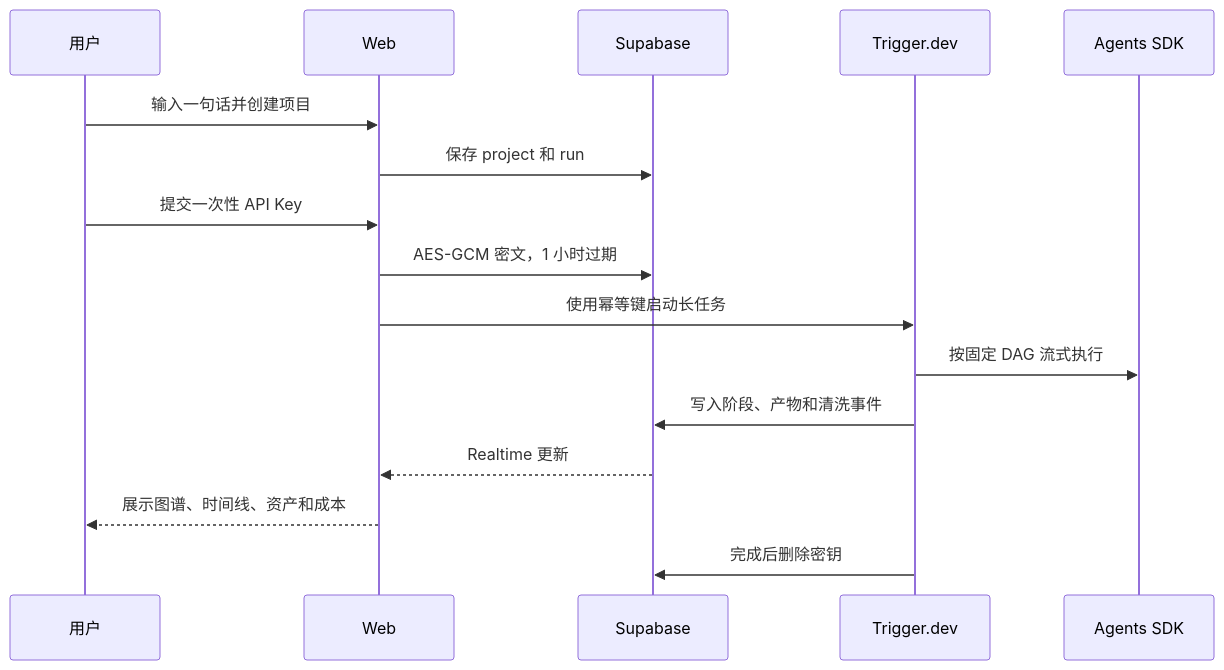
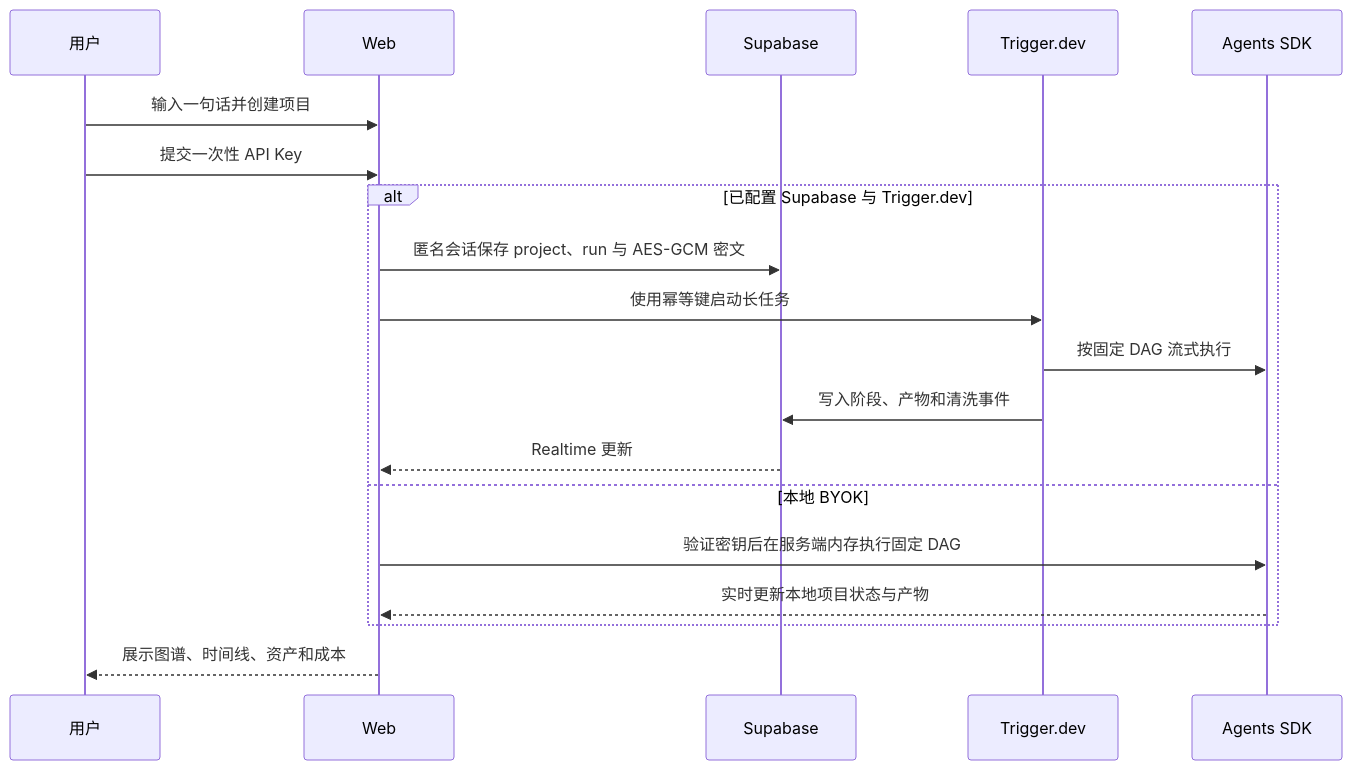
The third of 3 diagrams in README.md (eventlp02-commits/storyforge-agent), drawn with Mermaid before and after one commit. The commit also changed other lines of this file and 15 other files, not shown here.

````diff
--- a/README.md
+++ b/README.md
@@ -98,18 +98,21 @@
 ```mermaid
 sequenceDiagram
   participant U as 用户
   participant W as Web
   participant D as Supabase
   participant T as Trigger.dev
   participant A as Agents SDK
   U->>W: 输入一句话并创建项目
-  W->>D: 保存 project 和 run
   U->>W: 提交一次性 API Key
-  W->>D: AES-GCM 密文，1 小时过期
-  W->>T: 使用幂等键启动长任务
-  T->>A: 按固定 DAG 流式执行
-  T->>D: 写入阶段、产物和清洗事件
-  D-->>W: Realtime 更新
+  alt 已配置 Supabase 与 Trigger.dev
+    W->>D: 匿名会话保存 project、run 与 AES-GCM 密文
+    W->>T: 使用幂等键启动长任务
+    T->>A: 按固定 DAG 流式执行
+    T->>D: 写入阶段、产物和清洗事件
+    D-->>W: Realtime 更新
+  else 本地 BYOK
+    W->>A: 验证密钥后在服务端内存执行固定 DAG
+    A-->>W: 实时更新本地项目状态与产物
+  end
   W-->>U: 展示图谱、时间线、资产和成本
-  T->>D: 完成后删除密钥
 ```
````
